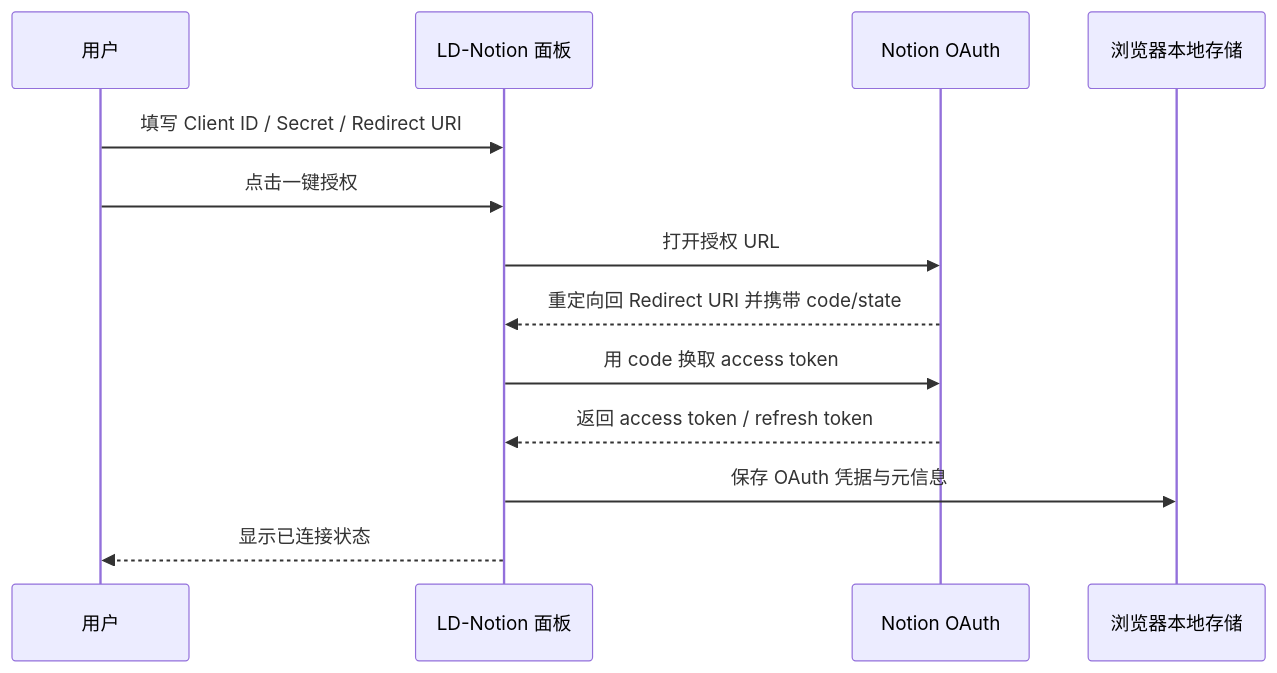
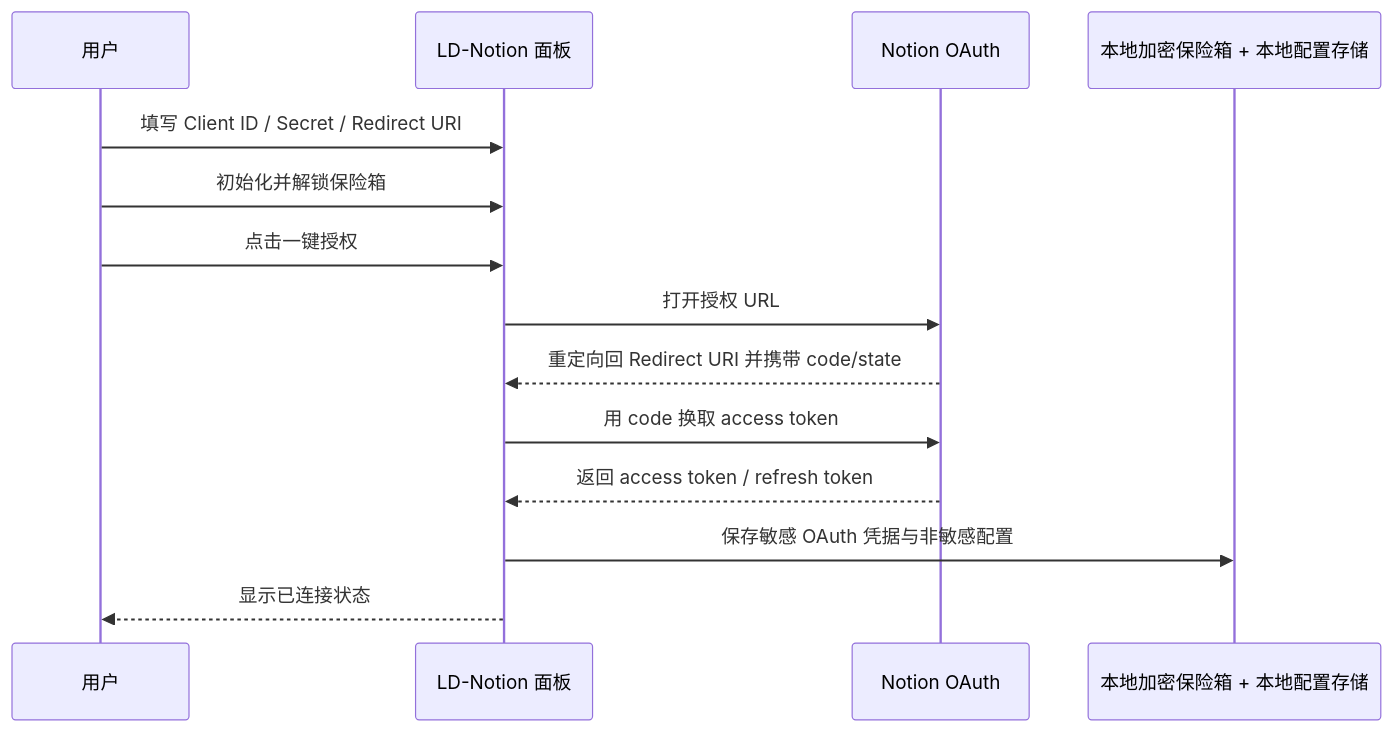
The second of 5 diagrams in docs/architecture/flows.md (Smith-106/LD-Notion), drawn with Mermaid before and after one commit. The commit also changed 12 other files, not shown here.

````diff
--- a/docs/architecture/flows.md
+++ b/docs/architecture/flows.md
@@ -24,16 +24,17 @@
 ```mermaid
 sequenceDiagram
   participant User as 用户
   participant Panel as LD-Notion 面板
   participant Notion as Notion OAuth
-  participant Store as 浏览器本地存储
+  participant Store as 本地加密保险箱 + 本地配置存储
 
   User->>Panel: 填写 Client ID / Secret / Redirect URI
+  User->>Panel: 初始化并解锁保险箱
   User->>Panel: 点击一键授权
   Panel->>Notion: 打开授权 URL
   Notion-->>Panel: 重定向回 Redirect URI 并携带 code/state
   Panel->>Notion: 用 code 换取 access token
   Notion-->>Panel: 返回 access token / refresh token
-  Panel->>Store: 保存 OAuth 凭据与元信息
+  Panel->>Store: 保存敏感 OAuth 凭据与非敏感配置
   Panel-->>User: 显示已连接状态
 ```
````
